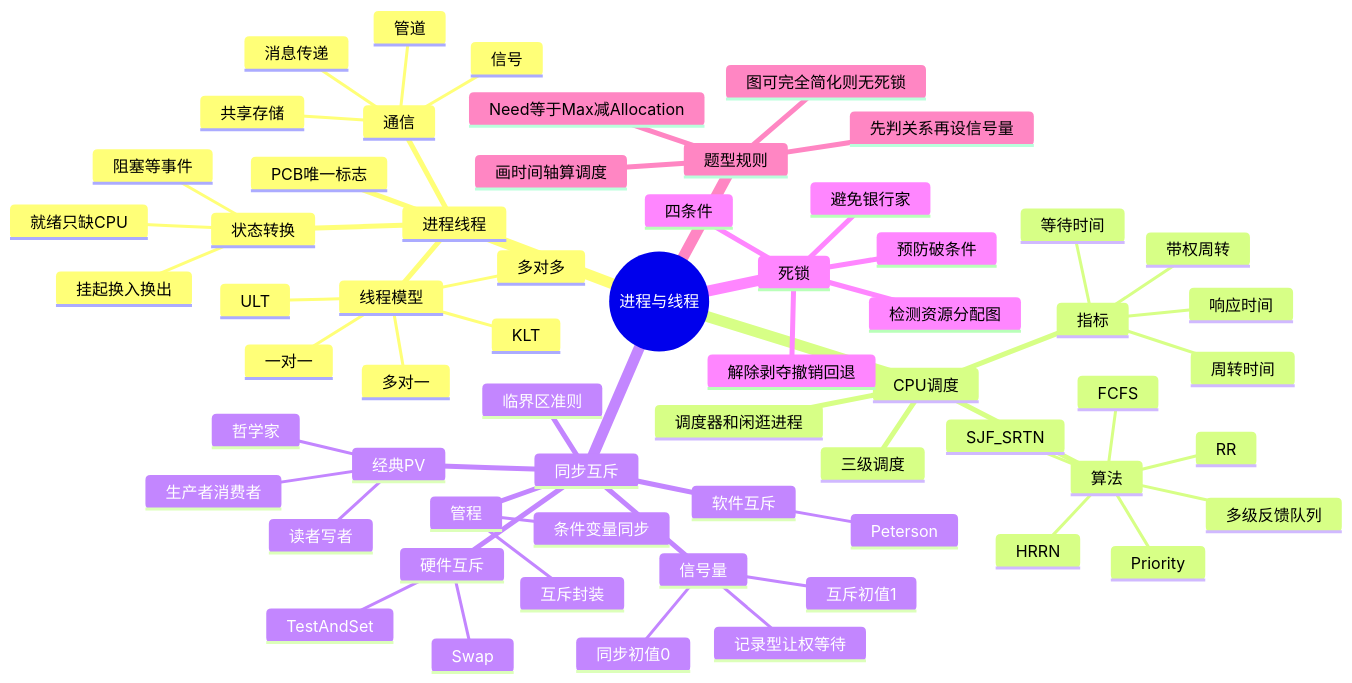
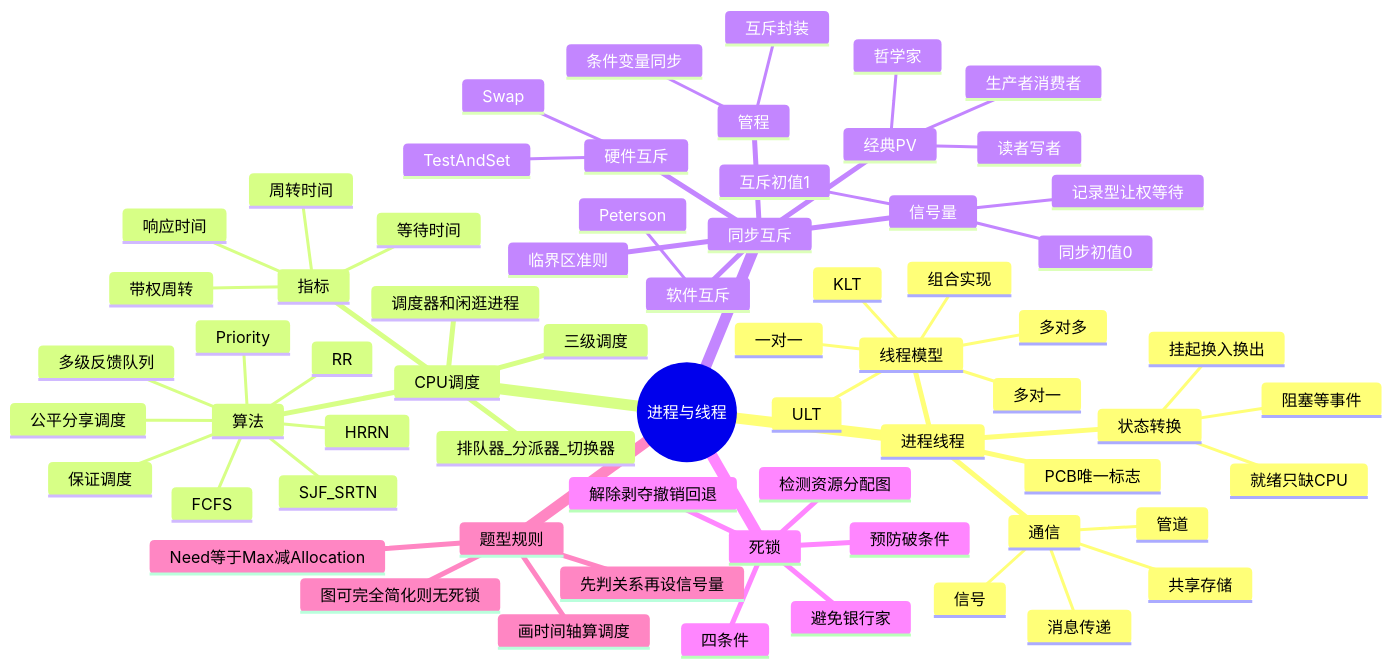
Before and after one commit to Cthaat/Obsidian: the first of 2 diagrams in 408/408考研笔记/操作系统/02-进程与线程.md, drawn with Mermaid. The commit also changed other lines of this file and 3 other files, not shown here.

````diff
--- a/408/408考研笔记/操作系统/02-进程与线程.md
+++ b/408/408考研笔记/操作系统/02-进程与线程.md
@@ -31,65 +31,69 @@
 ```mermaid
 mindmap
   root((进程与线程))
     进程线程
       PCB唯一标志
       状态转换
         就绪只缺CPU
         阻塞等事件
         挂起换入换出
       通信
         共享存储
         消息传递
         管道
         信号
       线程模型
         ULT
         KLT
+        组合实现
         多对一
         一对一
         多对多
     CPU调度
       三级调度
       调度器和闲逛进程
+      排队器_分派器_切换器
       算法
         FCFS
         SJF_SRTN
         HRRN
         RR
         Priority
         多级反馈队列
+        保证调度
+        公平分享调度
       指标
         周转时间
         带权周转
         等待时间
         响应时间
     同步互斥
       临界区准则
       软件互斥
         Peterson
       硬件互斥
         TestAndSet
         Swap
       信号量
         互斥初值1
         同步初值0
         记录型让权等待
       经典PV
         生产者消费者
         读者写者
         哲学家
       管程
         互斥封装
         条件变量同步
     死锁
       四条件
       预防破条件
       避免银行家
       检测资源分配图
       解除剥夺撤销回退
     题型规则
       先判关系再设信号量
       画时间轴算调度
       Need等于Max减Allocation
       图可完全简化则无死锁
 ```
````
